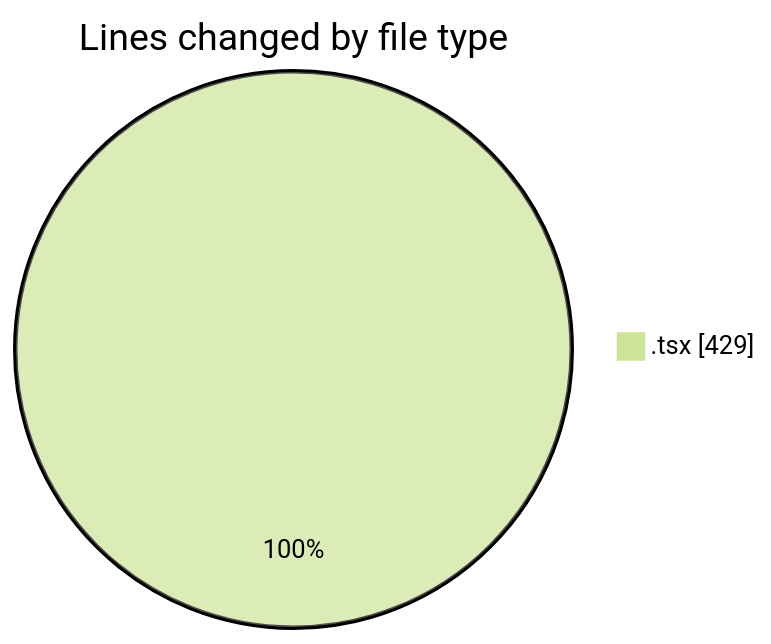
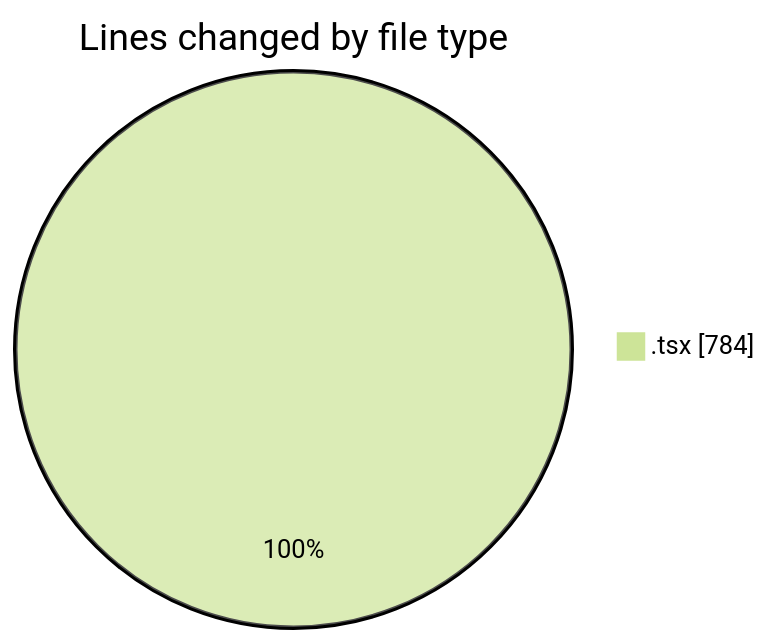
Before and after one commit to nxtqubesakshisongat/code-tracking: the first of 2 diagrams in 2026-03-30/nxtqube_webapp/README.md, drawn with Mermaid (forest theme). The commit also changed other lines of this file and 1 other file, not shown here.

````diff
--- a/2026-03-30/nxtqube_webapp/README.md
+++ b/2026-03-30/nxtqube_webapp/README.md
@@ -21,5 +21,5 @@
 ```mermaid
 pie showData
 title Lines changed by file type
-".tsx" : 429
+".tsx" : 784
 ```
````
